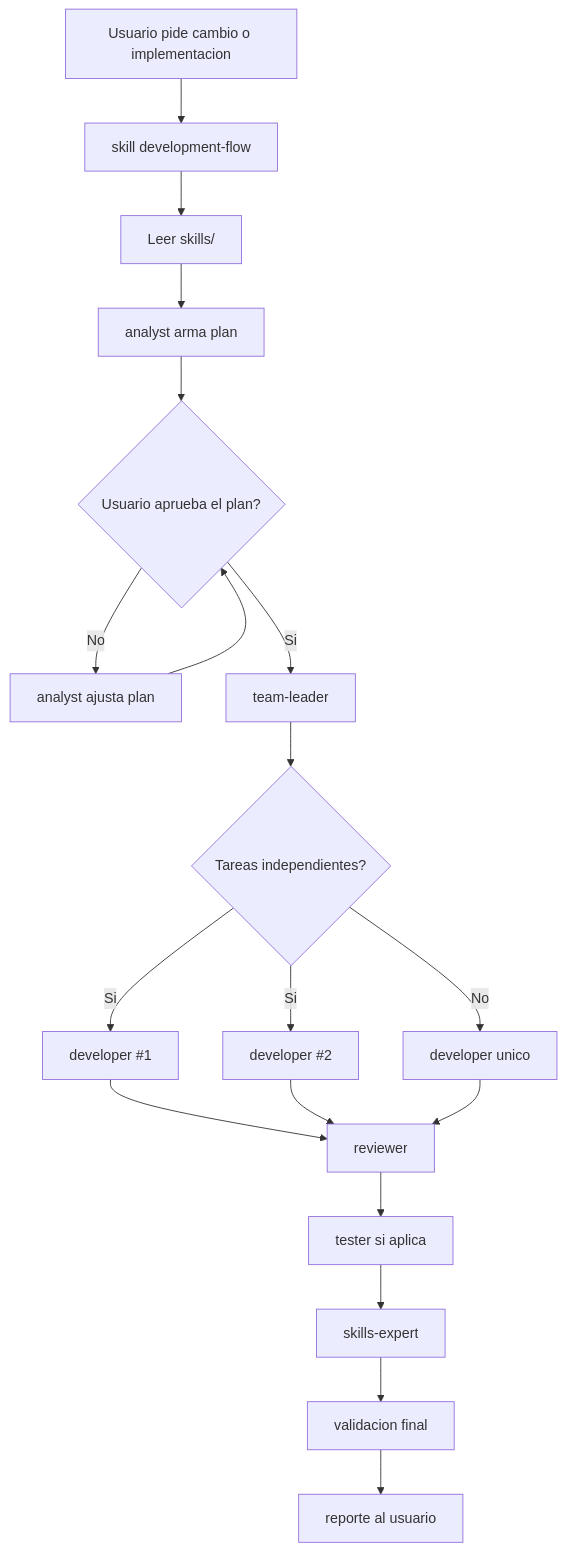
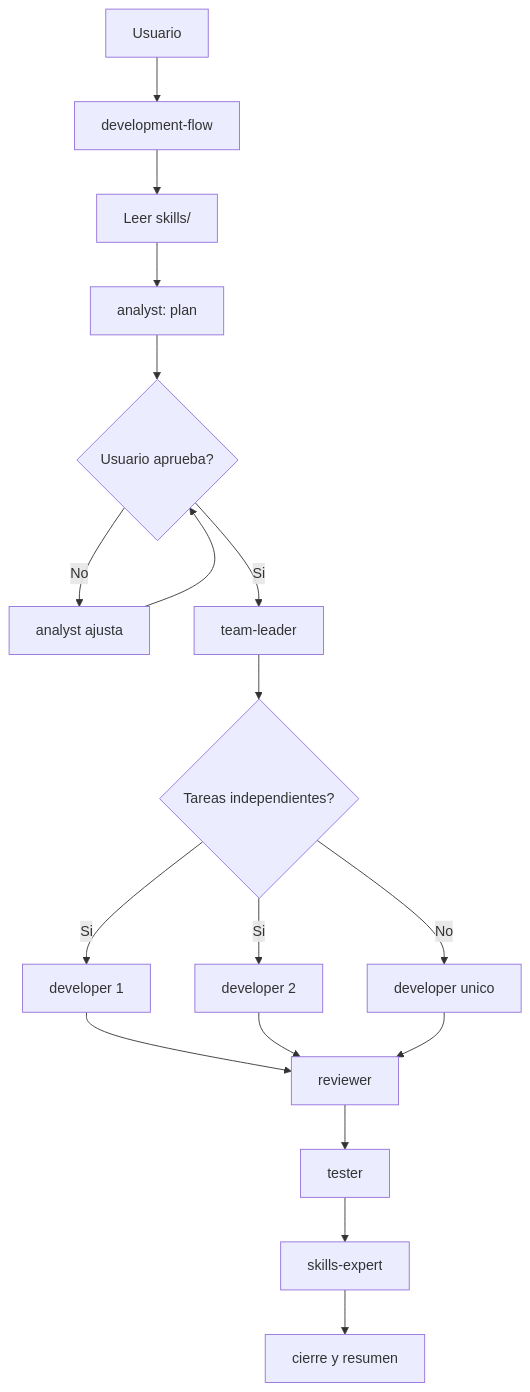
The diagram in .agents/ARCHITECTURE.md (yasniel1408/inventory-reservation-system), drawn with Mermaid before and after one commit. The commit also changed other lines of this file and 6 other files, not shown here.

````diff
--- a/.agents/ARCHITECTURE.md
+++ b/.agents/ARCHITECTURE.md
@@ -149,21 +262,20 @@
 ```mermaid
 flowchart TD
-    U["Usuario pide cambio o implementacion"] --> DF["skill development-flow"]
-    DF --> S["Leer skills/"]
-    S --> A["analyst arma plan"]
-    A --> AP{"Usuario aprueba el plan?"}
-    AP -- "No" --> AR["analyst ajusta plan"]
-    AR --> AP
-    AP -- "Si" --> TL["team-leader"]
-    TL --> DQ{"Tareas independientes?"}
-    DQ -- "Si" --> D1["developer #1"]
-    DQ -- "Si" --> D2["developer #2"]
-    DQ -- "No" --> D["developer unico"]
+    U["Usuario"] --> DF["development-flow"]
+    DF --> SK["Leer skills/"]
+    SK --> A["analyst: plan"]
+    A --> G{"Usuario aprueba?"}
+    G -- "No" --> AX["analyst ajusta"]
+    AX --> G
+    G -- "Si" --> TL["team-leader"]
+    TL --> P{"Tareas independientes?"}
+    P -- "Si" --> D1["developer 1"]
+    P -- "Si" --> D2["developer 2"]
+    P -- "No" --> D["developer unico"]
     D1 --> R["reviewer"]
     D2 --> R
     D --> R
-    R --> TS["tester si aplica"]
-    TS --> SE["skills-expert"]
-    SE --> V["validacion final"]
-    V --> OUT["reporte al usuario"]
+    R --> T["tester"]
+    T --> SE["skills-expert"]
+    SE --> C["cierre y resumen"]
 ```
````
